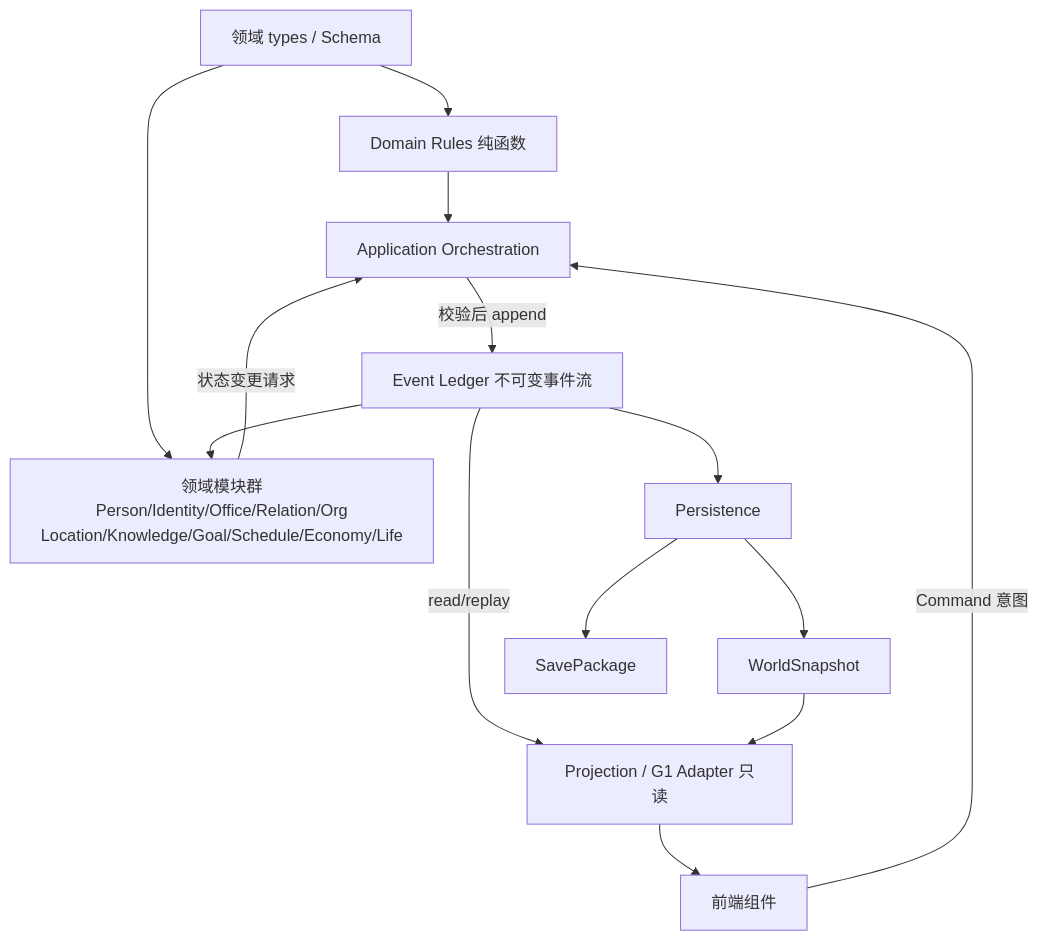
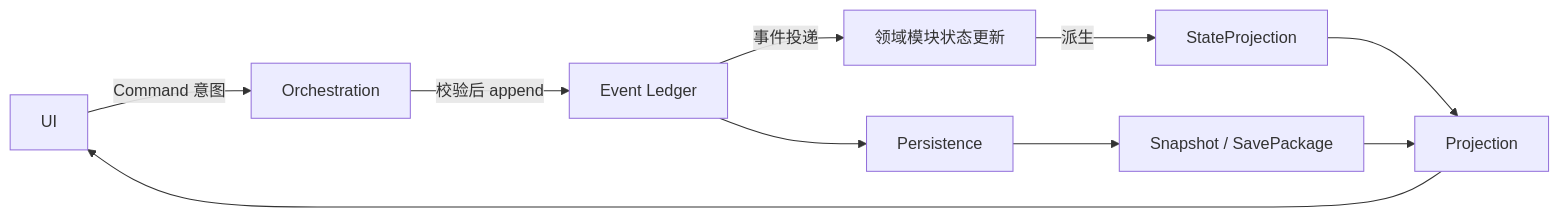
The third of 3 diagrams in Guanyuan-review/design/正式世界领域模型与边界契约草案-v0.1.md (suzhiyi90-max/Guanyuan), drawn with Mermaid before and after one commit. The commit also changed other lines of this file and 1 other file, not shown here.

````diff
--- a/Guanyuan-review/design/正式世界领域模型与边界契约草案-v0.1.md
+++ b/Guanyuan-review/design/正式世界领域模型与边界契约草案-v0.1.md
@@ -369,16 +432,12 @@
 ```mermaid
-flowchart TD
-  TYPES[领域 types / Schema] --> RULES[Domain Rules 纯函数]
-  TYPES --> DOM[领域模块群<br/>Person/Identity/Office/Relation/Org<br/>Location/Knowledge/Goal/Schedule/Economy/Life]
-  RULES --> ORCH[Application Orchestration]
-  DOM -->|状态变更请求| ORCH
-  ORCH -->|校验后 append| LEDGER[Event Ledger 不可变事件流]
-  LEDGER --> DOM
+flowchart LR
+  UI -->|Command 意图| ORCH[Orchestration]
+  ORCH -->|校验后 append| LEDGER[Event Ledger]
+  LEDGER -->|事件投递| DOM[领域模块状态更新]
+  DOM -->|派生| STATE[StateProjection]
   LEDGER --> PERSIST[Persistence]
-  PERSIST --> SNAP[WorldSnapshot]
-  PERSIST --> PKG[SavePackage]
-  LEDGER -->|read/replay| PROJ[Projection / G1 Adapter 只读]
+  PERSIST --> SNAP[Snapshot / SavePackage]
+  STATE --> PROJ[Projection]
   SNAP --> PROJ
-  PROJ --> UI[前端组件]
-  UI -->|Command 意图| ORCH
+  PROJ --> UI
 ```
````
